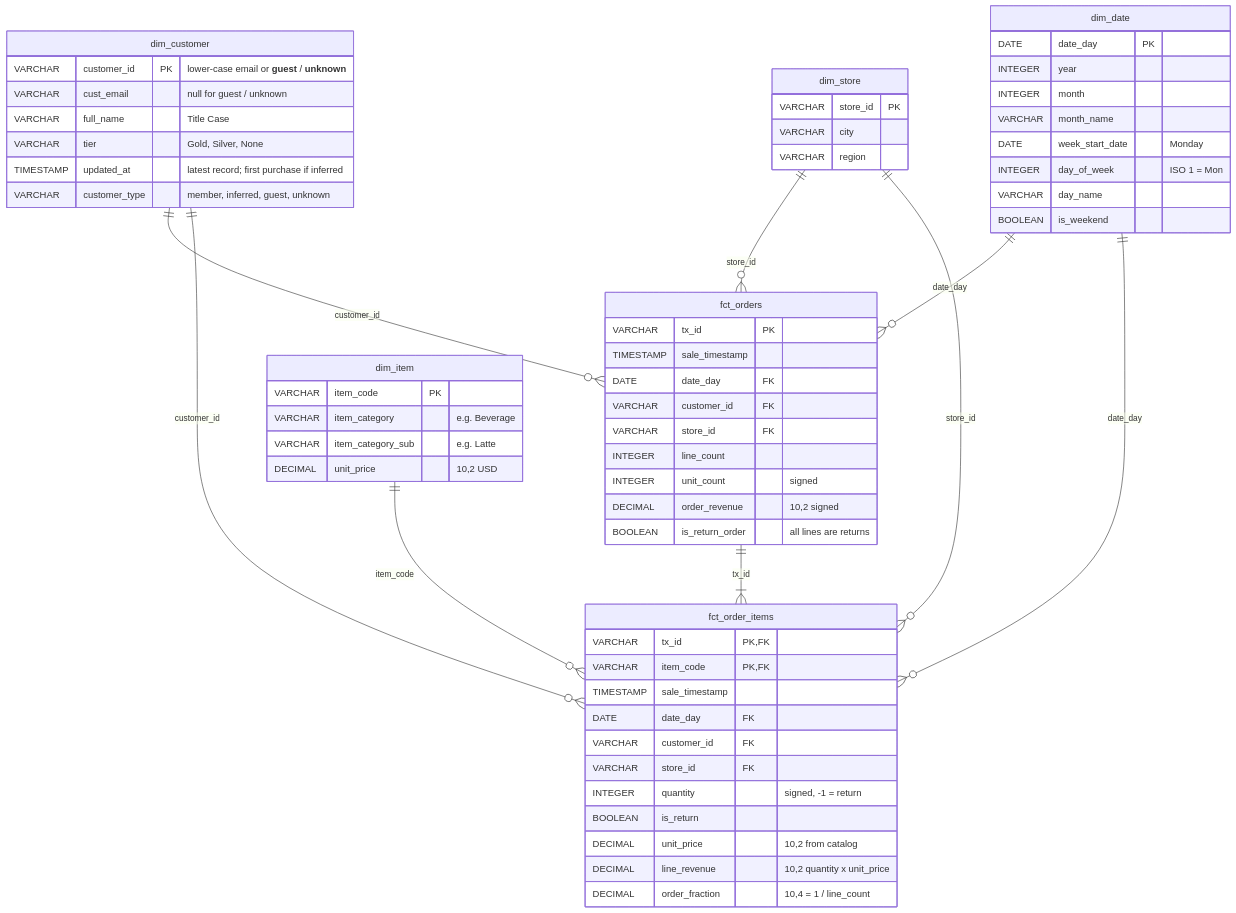
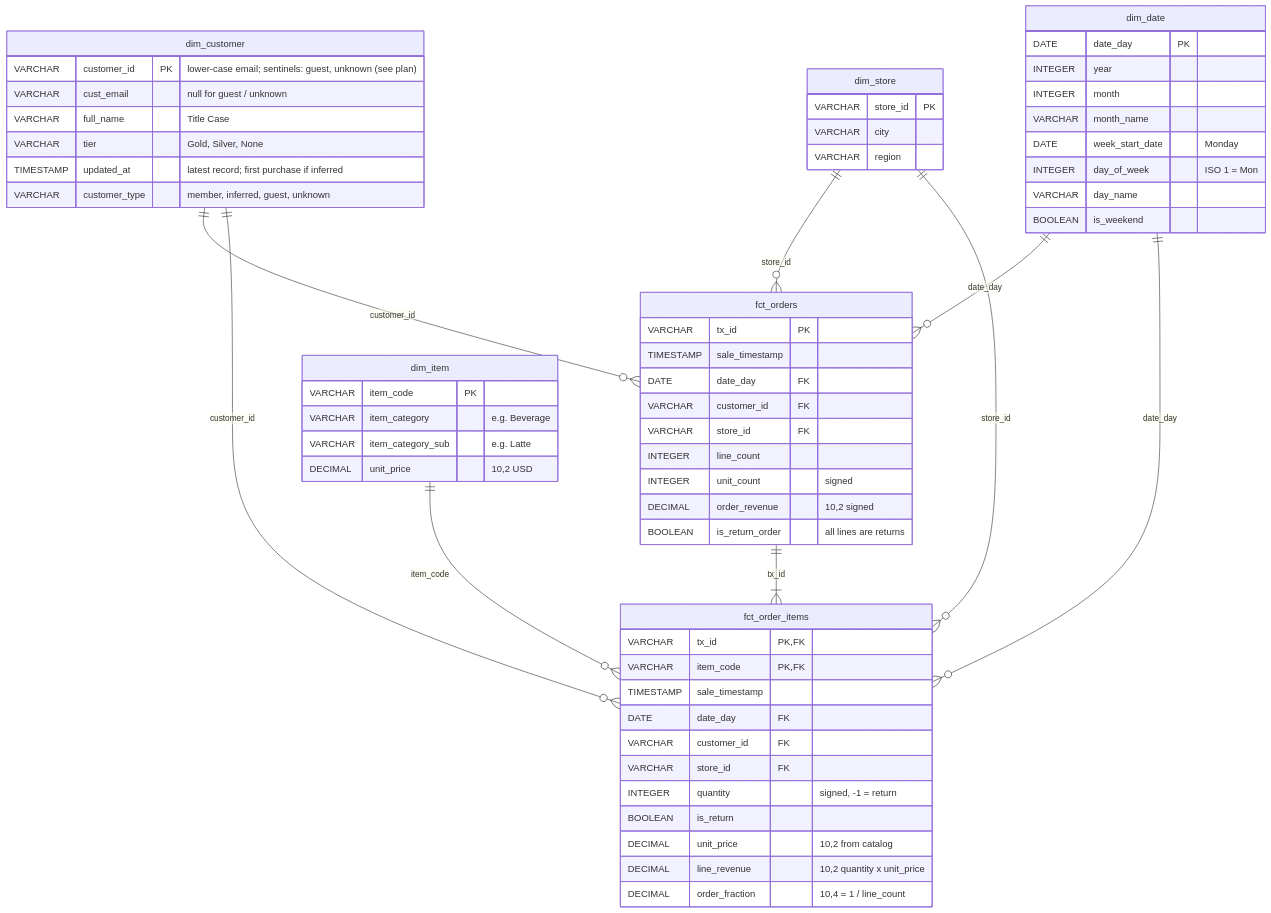
The third of 3 diagrams in docs/erd.md (taroyu0923/data_model_pos_sample), drawn with Mermaid before and after one commit.

Commit message:
docs: fix sentinel comment rendering in physical ERD

````diff
--- a/docs/erd.md
+++ b/docs/erd.md
@@ -69,65 +69,65 @@
 ```mermaid
 erDiagram
     dim_customer ||--o{ fct_orders : "customer_id"
     dim_store ||--o{ fct_orders : "store_id"
     dim_date ||--o{ fct_orders : "date_day"
     fct_orders ||--|{ fct_order_items : "tx_id"
     dim_item ||--o{ fct_order_items : "item_code"
     dim_customer ||--o{ fct_order_items : "customer_id"
     dim_store ||--o{ fct_order_items : "store_id"
     dim_date ||--o{ fct_order_items : "date_day"
 
     dim_customer {
-        VARCHAR customer_id PK "lower-case email or __guest__ / __unknown__"
+        VARCHAR customer_id PK "lower-case email; sentinels: guest, unknown (see plan)"
         VARCHAR cust_email "null for guest / unknown"
         VARCHAR full_name "Title Case"
         VARCHAR tier "Gold, Silver, None"
         TIMESTAMP updated_at "latest record; first purchase if inferred"
         VARCHAR customer_type "member, inferred, guest, unknown"
     }
     dim_item {
         VARCHAR item_code PK
         VARCHAR item_category "e.g. Beverage"
         VARCHAR item_category_sub "e.g. Latte"
         DECIMAL unit_price "10,2 USD"
     }
     dim_store {
         VARCHAR store_id PK
         VARCHAR city
         VARCHAR region
     }
     dim_date {
         DATE date_day PK
         INTEGER year
         INTEGER month
         VARCHAR month_name
         DATE week_start_date "Monday"
         INTEGER day_of_week "ISO 1 = Mon"
         VARCHAR day_name
         BOOLEAN is_weekend
     }
     fct_orders {
         VARCHAR tx_id PK
         TIMESTAMP sale_timestamp
         DATE date_day FK
         VARCHAR customer_id FK
         VARCHAR store_id FK
         INTEGER line_count
         INTEGER unit_count "signed"
         DECIMAL order_revenue "10,2 signed"
         BOOLEAN is_return_order "all lines are returns"
     }
     fct_order_items {
         VARCHAR tx_id PK, FK
         VARCHAR item_code PK, FK
         TIMESTAMP sale_timestamp
         DATE date_day FK
         VARCHAR customer_id FK
         VARCHAR store_id FK
         INTEGER quantity "signed, -1 = return"
         BOOLEAN is_return
         DECIMAL unit_price "10,2 from catalog"
         DECIMAL line_revenue "10,2 quantity x unit_price"
         DECIMAL order_fraction "10,4 = 1 / line_count"
     }
 ```
````
